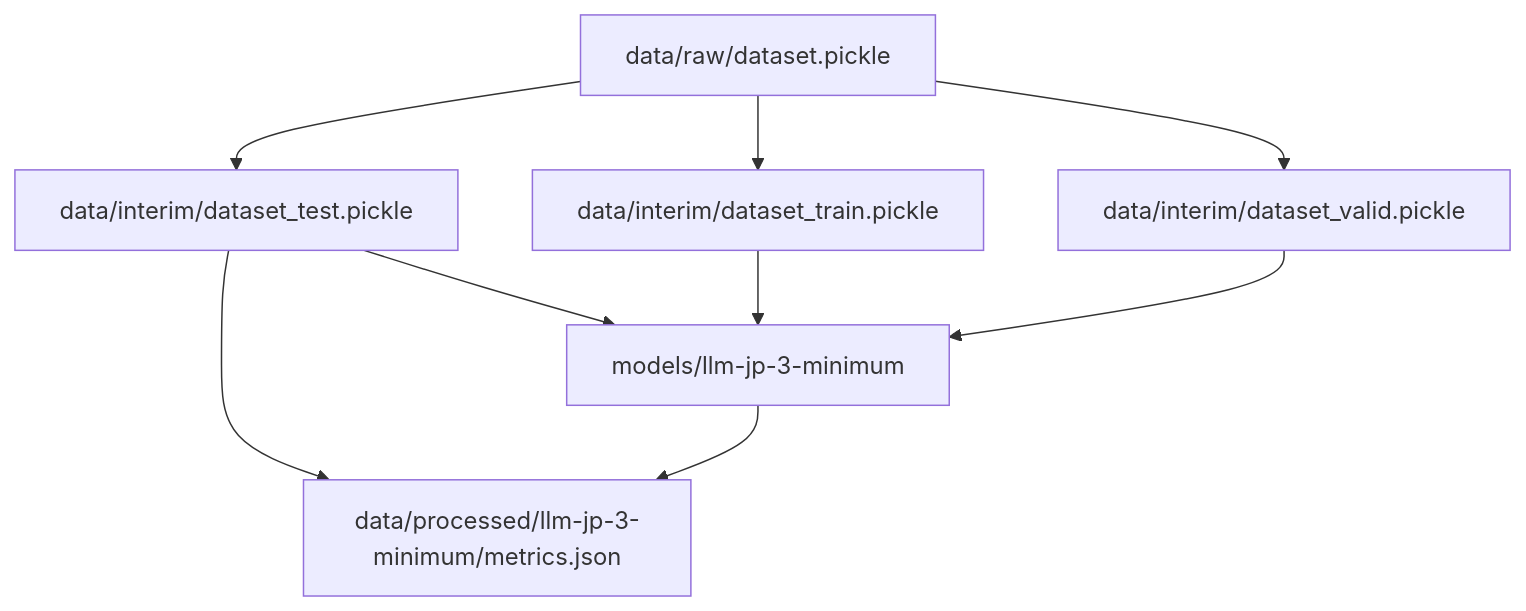
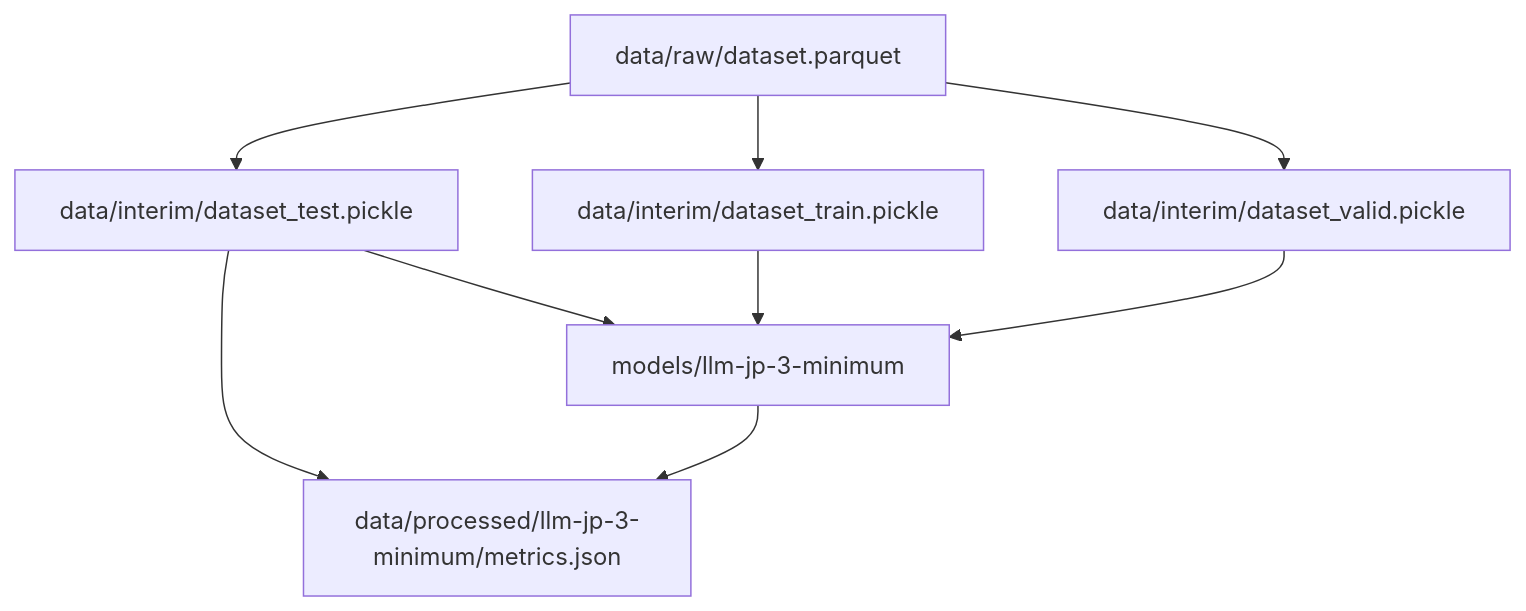
One commit to u-masao/text-classification-example changed the second of 2 diagrams in PIPELINE.md. Above: the diagram before and after it, drawn with Mermaid. The commit also changed other lines of this file, not shown here.

Commit message:
update dvc pipeline

````diff
--- a/PIPELINE.md
+++ b/PIPELINE.md
@@ -18,17 +19,17 @@
 ```mermaid
 flowchart TD
 	node1["data/interim/dataset_test.pickle"]
 	node2["data/interim/dataset_train.pickle"]
 	node3["data/interim/dataset_valid.pickle"]
 	node4["data/processed/llm-jp-3-minimum/metrics.json"]
-	node5["data/raw/dataset.pickle"]
+	node5["data/raw/dataset.parquet"]
 	node6["models/llm-jp-3-minimum"]
 	node1-->node4
 	node1-->node6
 	node2-->node6
 	node3-->node6
 	node5-->node1
 	node5-->node2
 	node5-->node3
 	node6-->node4
 ```
````
